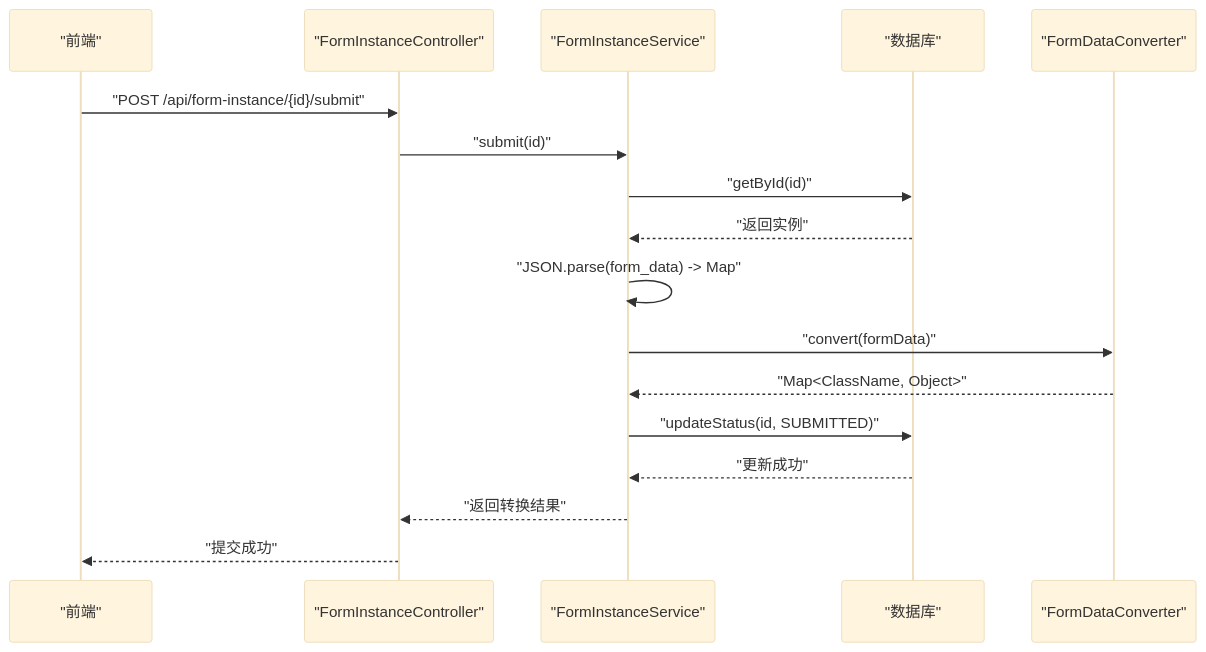
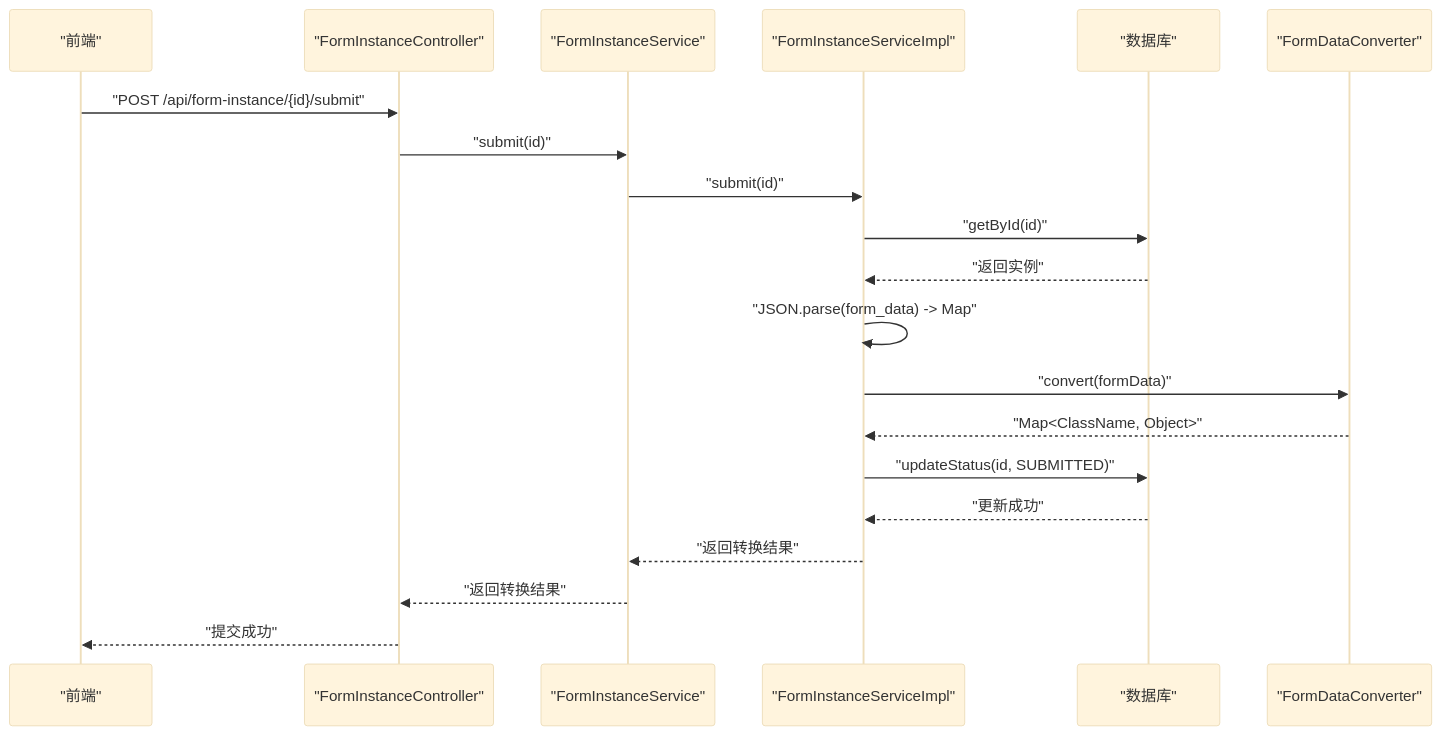
Before and after one commit to NJMrLi/genetics: the fourth of 6 diagrams in .qoder/repowiki/zh/content/API接口文档/服务单实例API.md, drawn with Mermaid (base theme). The commit also changed other lines of this file and 152 other files, not shown here.

````diff
--- a/.qoder/repowiki/zh/content/API接口文档/服务单实例API.md
+++ b/.qoder/repowiki/zh/content/API接口文档/服务单实例API.md
@@ -284,19 +450,22 @@
 ```mermaid
 sequenceDiagram
 participant FE as "前端"
 participant Ctrl as "FormInstanceController"
 participant Svc as "FormInstanceService"
+participant Impl as "FormInstanceServiceImpl"
 participant DB as "数据库"
 participant Conv as "FormDataConverter"
 FE->>Ctrl : "POST /api/form-instance/{id}/submit"
 Ctrl->>Svc : "submit(id)"
-Svc->>DB : "getById(id)"
-DB-->>Svc : "返回实例"
-Svc->>Svc : "JSON.parse(form_data) -> Map"
-Svc->>Conv : "convert(formData)"
-Conv-->>Svc : "Map<ClassName, Object>"
-Svc->>DB : "updateStatus(id, SUBMITTED)"
-DB-->>Svc : "更新成功"
+Svc->>Impl : "submit(id)"
+Impl->>DB : "getById(id)"
+DB-->>Impl : "返回实例"
+Impl->>Impl : "JSON.parse(form_data) -> Map"
+Impl->>Conv : "convert(formData)"
+Conv-->>Impl : "Map<ClassName, Object>"
+Impl->>DB : "updateStatus(id, SUBMITTED)"
+DB-->>Impl : "更新成功"
+Impl-->>Svc : "返回转换结果"
 Svc-->>Ctrl : "返回转换结果"
 Ctrl-->>FE : "提交成功"
 ```
````
